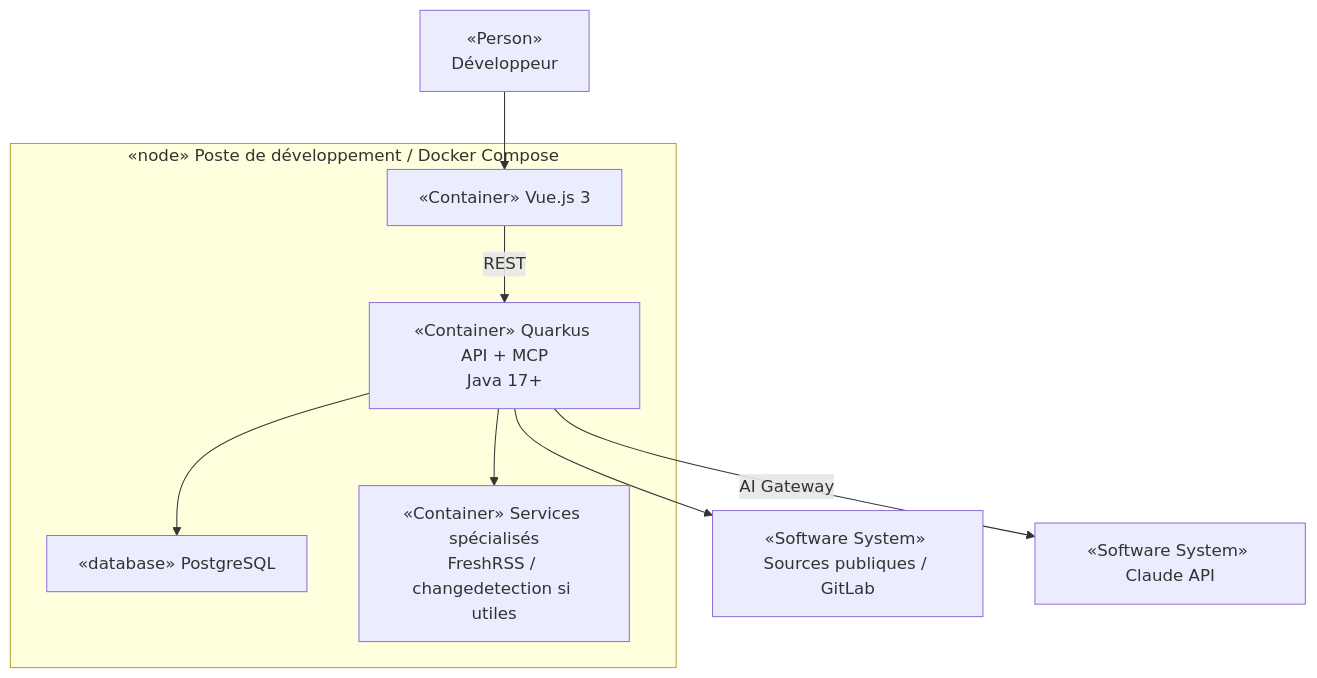
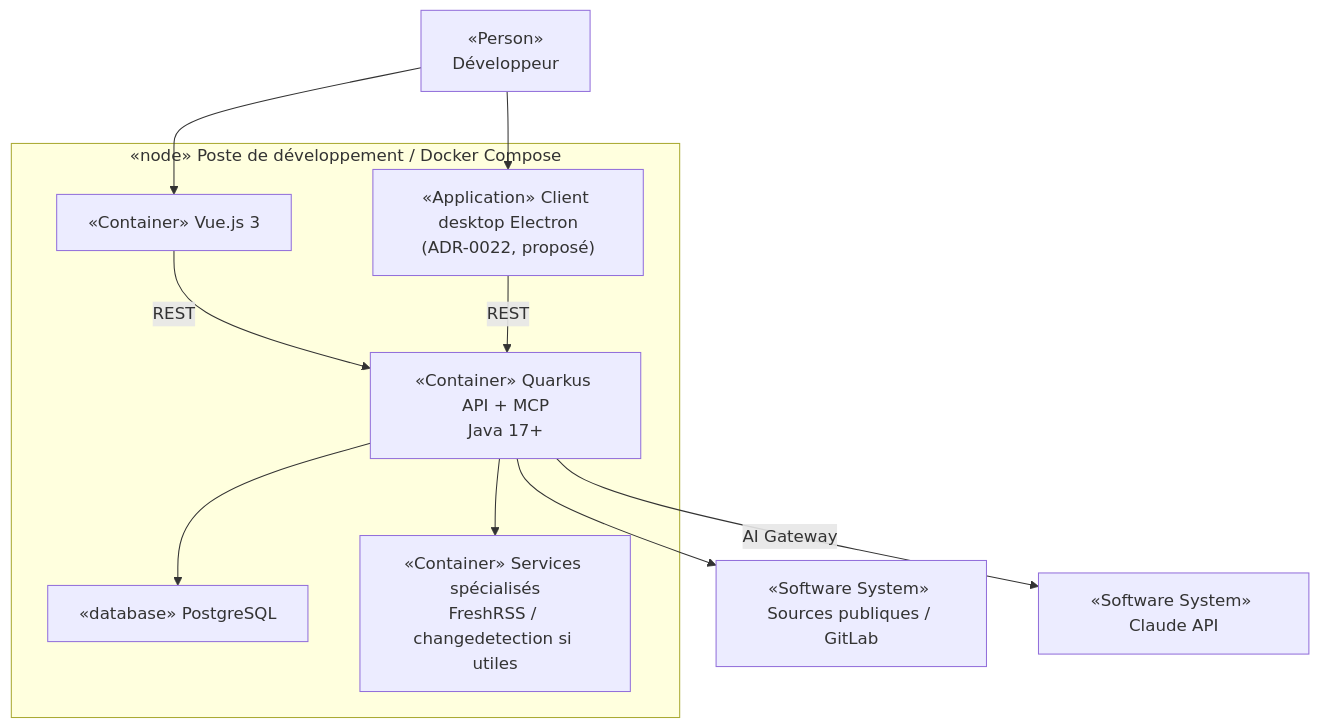
One commit to FTurleque/argos-tech-platform changed the first of 2 diagrams in docs/architecture/arc42/07-vue-deploiement.md. Above: the diagram before and after it, drawn with Mermaid. The commit also changed other lines of this file and 64 other files, not shown here.

First line of the commit message:
feat: socle serveur, interface, client desktop Electron et déploiement Synology

````diff
--- a/docs/architecture/arc42/07-vue-deploiement.md
+++ b/docs/architecture/arc42/07-vue-deploiement.md
@@ -16,19 +16,22 @@
 ```mermaid
 flowchart TB
     USER["«Person»\nDéveloppeur"]
     subgraph DEV["«node» Poste de développement / Docker Compose"]
         WEB["«Container» Vue.js 3"]
+        DESK["«Application» Client desktop Electron\n(ADR-0022, proposé)"]
         BACK["«Container» Quarkus API + MCP\nJava 17+"]
         DB["«database» PostgreSQL"]
         AUX["«Container» Services spécialisés\nFreshRSS / changedetection si utiles"]
     end
     EXT["«Software System» Sources publiques / GitLab"]
     AI["«Software System» Claude API"]
 
     USER --> WEB
     WEB -->|REST| BACK
+    USER --> DESK
+    DESK -->|REST| BACK
     BACK --> DB
     BACK --> AUX
     BACK --> EXT
     BACK -->|AI Gateway| AI
 ```
````
